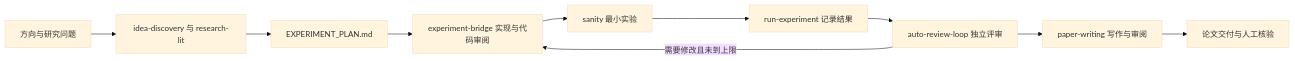
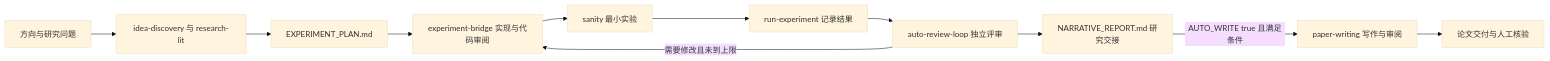
Before and after one commit to ImChong/Robotics_Notebooks: the first of 2 diagrams in wiki/entities/aris-auto-research-in-sleep.md, drawn with Mermaid (base theme). The commit also changed other lines of this file, not shown here.

Commit message:
[2026-11-11] ingest | wiki/entities/aris-auto-research-in-sleep.md — 精读官方原文补足源码核查与健康度

````diff
--- a/wiki/entities/aris-auto-research-in-sleep.md
+++ b/wiki/entities/aris-auto-research-in-sleep.md
@@ -49,12 +50,13 @@
 ```mermaid
 flowchart LR
   Topic["方向与研究问题"] --> Lit["idea-discovery 与 research-lit"]
   Lit --> Plan["EXPERIMENT_PLAN.md"]
   Plan --> Bridge["experiment-bridge 实现与代码审阅"]
   Bridge --> Sanity["sanity 最小实验"]
   Sanity --> Run["run-experiment 记录结果"]
   Run --> Review["auto-review-loop 独立评审"]
   Review -->|需要修改且未到上限| Bridge
-  Review --> Write["paper-writing 写作与审阅"]
+  Review --> Handoff["NARRATIVE_REPORT.md 研究交接"]
+  Handoff -->|AUTO_WRITE true 且满足条件| Write["paper-writing 写作与审阅"]
   Write --> Deliver["论文交付与人工核验"]
 ```
````
